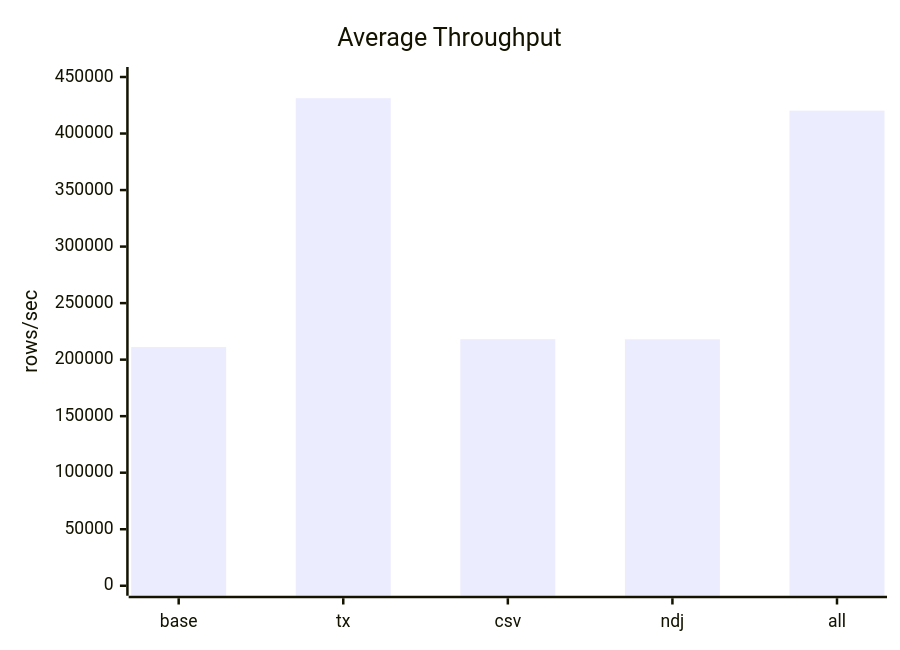
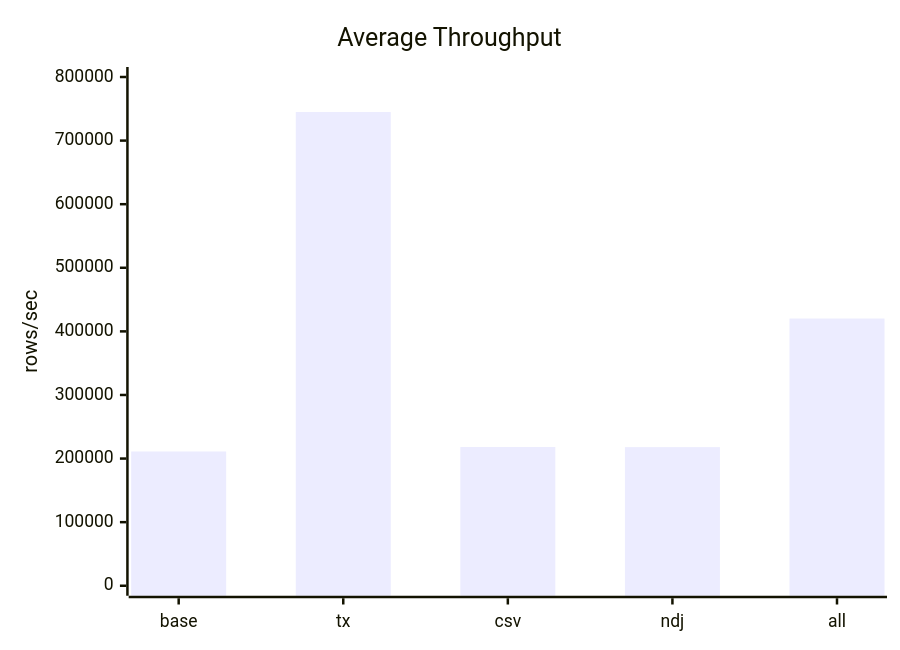
The first of 6 diagrams in METRICS.md (Raynhardt-Van-Zyl/noda-interview), drawn with Mermaid before and after one commit. The commit also changed other lines of this file, not shown here.

````diff
--- a/METRICS.md
+++ b/METRICS.md
@@ -72,7 +72,7 @@
 ```mermaid
 xychart-beta
     title "Average Throughput"
     x-axis ["base", "tx", "csv", "ndj", "all"]
-    y-axis "rows/sec" 0 --> 450000
-    bar [211112, 431257, 218103, 217979, 420240]
+    y-axis "rows/sec" 0 --> 800000
+    bar [211112, 744931, 218103, 217979, 420240]
 ```
````
